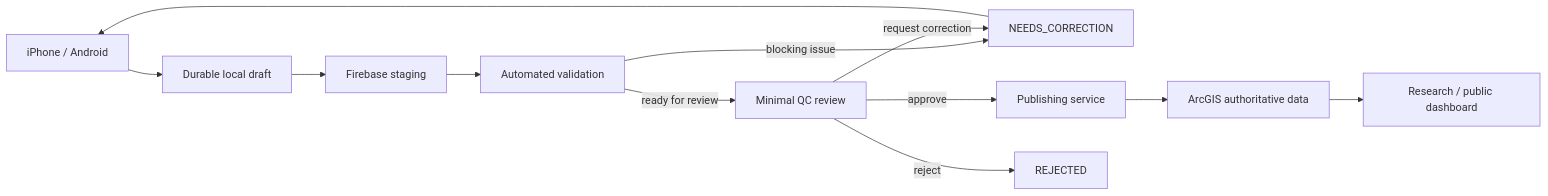
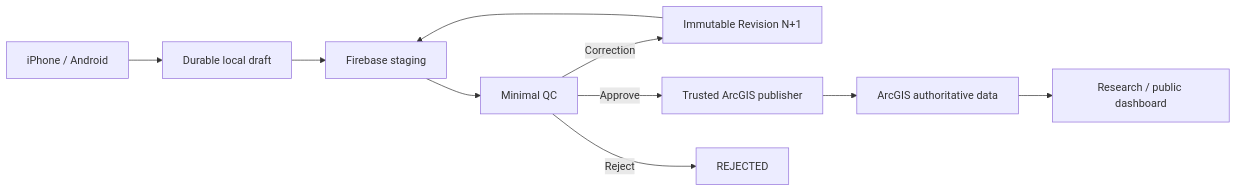
One commit to UnbrokenMango21/watershed-water-quality-dashboard changed the first of 2 diagrams in README.md. Above: the diagram before and after it, drawn with Mermaid. The commit also changed other lines of this file, not shown here.

````diff
--- a/README.md
+++ b/README.md
@@ -24,14 +27,12 @@
 ```mermaid
 flowchart LR
     A[iPhone / Android] --> B[Durable local draft]
     B --> C[Firebase staging]
-    C --> D[Automated validation]
-    D -->|blocking issue| E[NEEDS_CORRECTION]
-    E --> A
-    D -->|ready for review| F[Minimal QC review]
-    F -->|approve| G[Publishing service]
-    F -->|request correction| E
-    F -->|reject| H[REJECTED]
-    G --> I[ArcGIS authoritative data]
-    I --> J[Research / public dashboard]
+    C --> D[Minimal QC]
+    D -->|Correction| E[Immutable Revision N+1]
+    E --> C
+    D -->|Approve| F[Trusted ArcGIS publisher]
+    D -->|Reject| R[REJECTED]
+    F --> G[ArcGIS authoritative data]
+    G --> H[Research / public dashboard]
 ```
````
